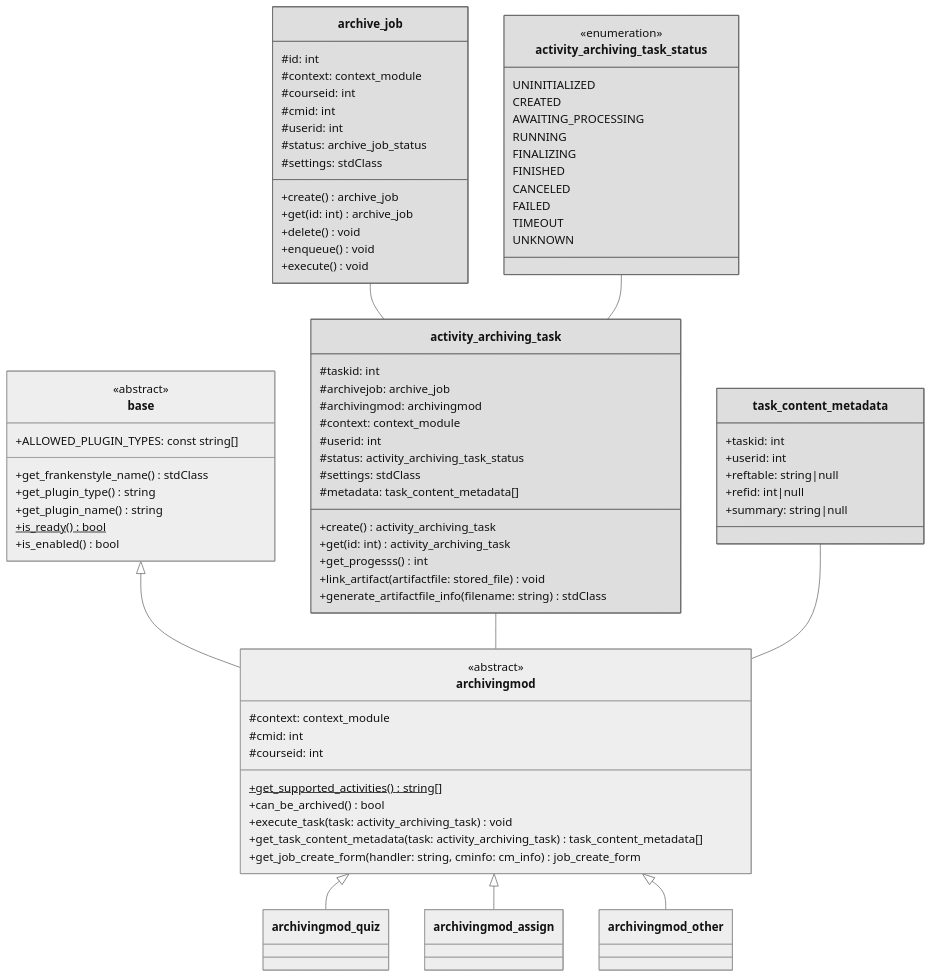
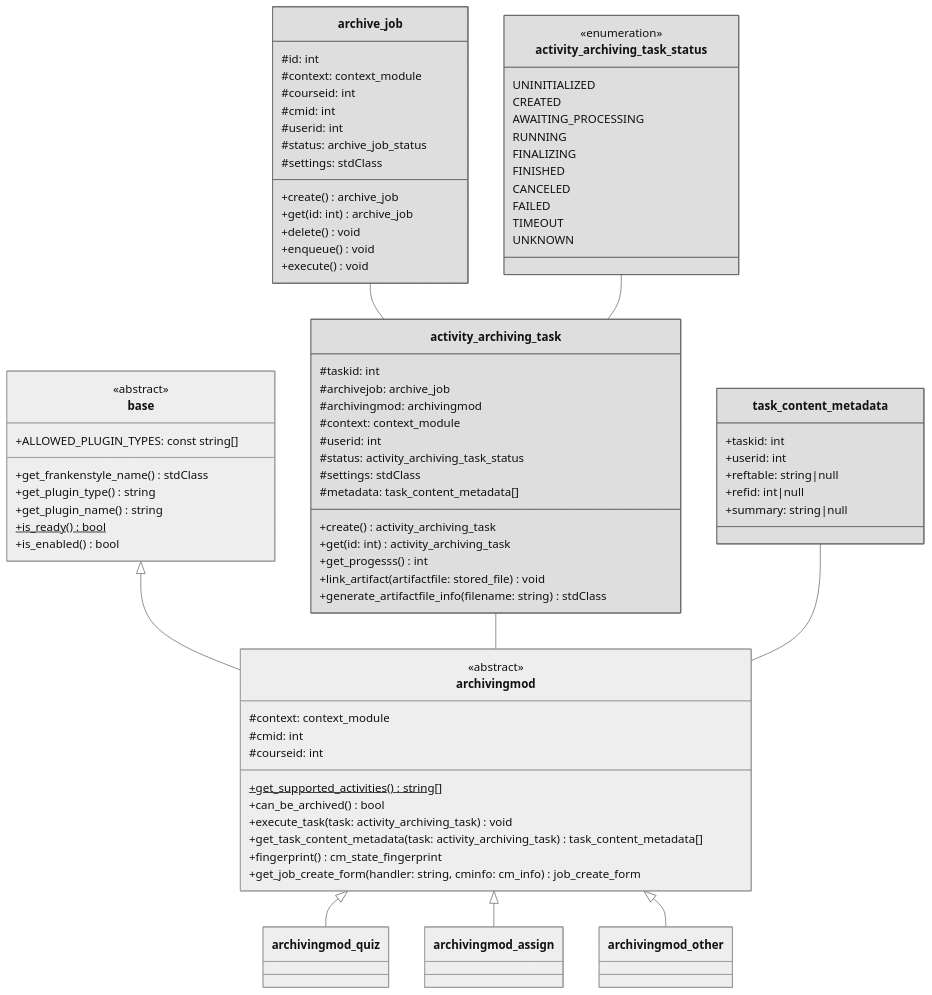
One commit to ngandrass/moodle-local_archiving changed the diagram in docs/dev/api/activity-archiving-drivers.md. Above: the diagram before and after it, drawn with Mermaid (neutral theme).

Commit message:
docs: Update activity archiving driver API

```diff
--- a/docs/dev/api/activity-archiving-drivers.md
+++ b/docs/dev/api/activity-archiving-drivers.md
@@ -29,6 +29,7 @@
         +can_be_archived() bool
         +execute_task(task: activity_archiving_task) void
         +get_task_content_metadata(task: activity_archiving_task) task_content_metadata[]
+        +fingerprint() cm_state_fingerprint
         +get_job_create_form(handler: string, cminfo: cm_info) job_create_form
     }
     
```
